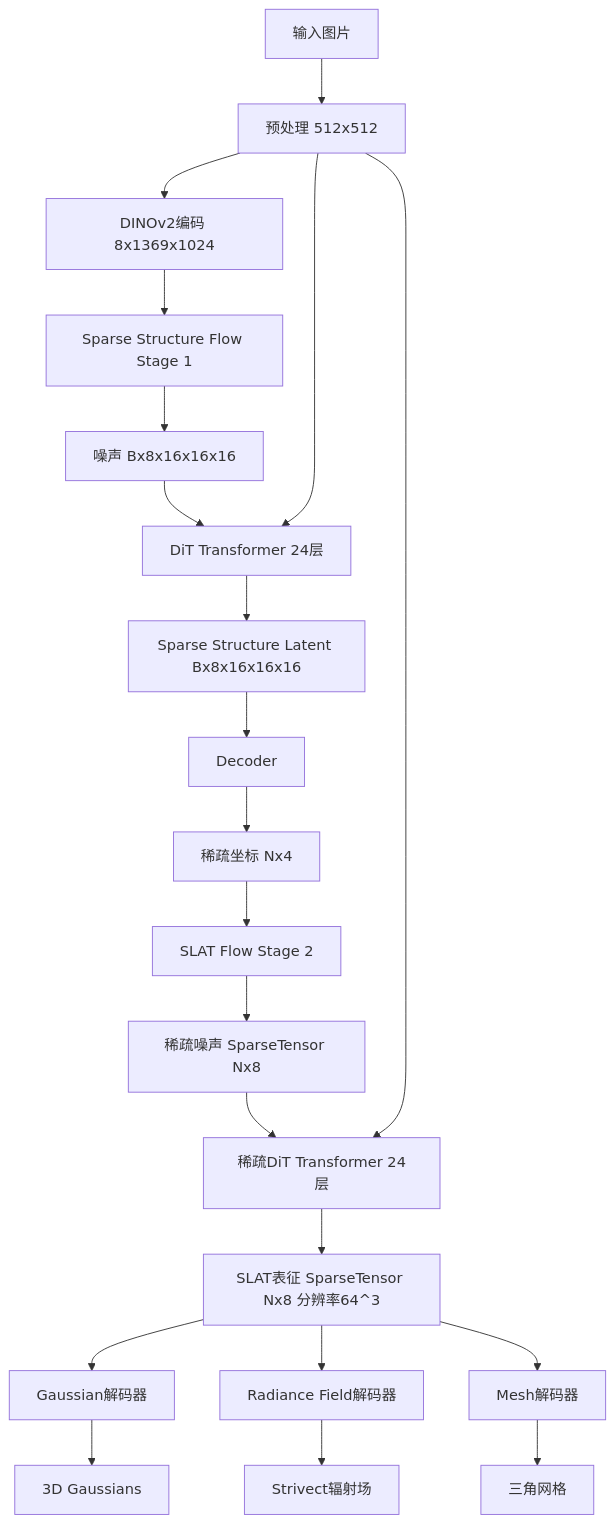
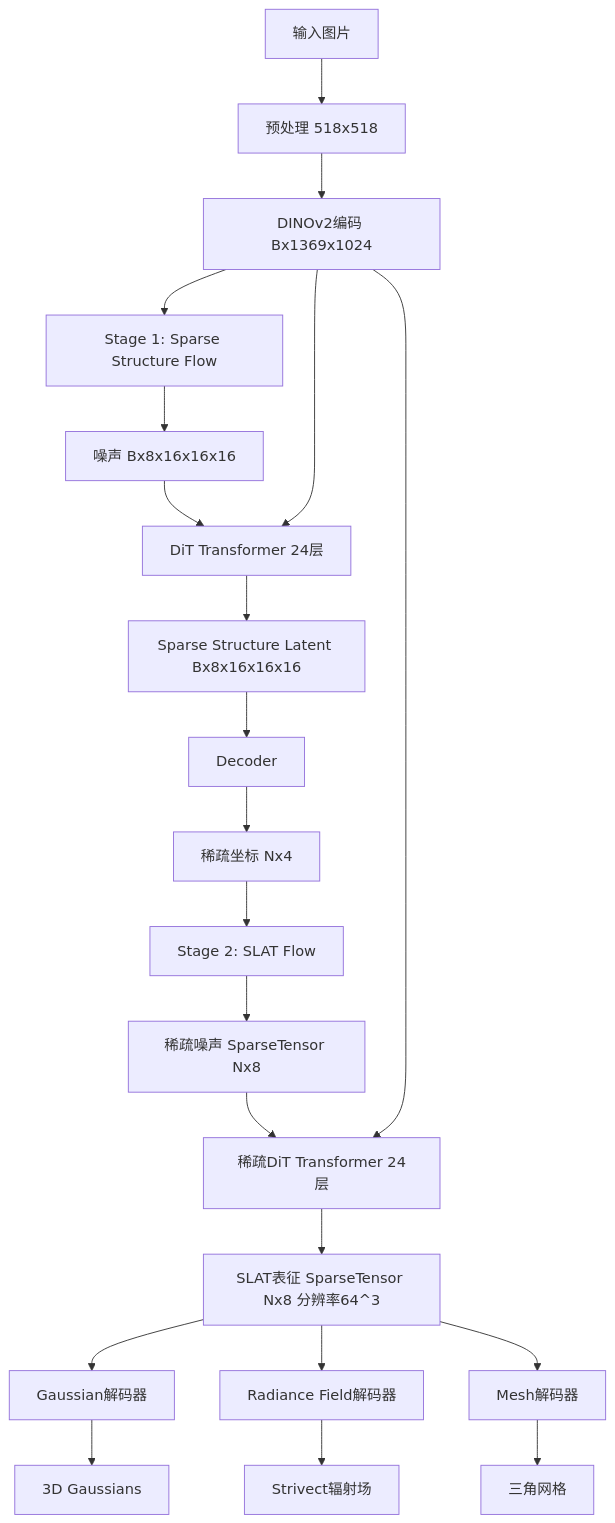
Before and after one commit to real-zhangzhe/3D: the diagram in 1_3D生成/2_3D生成模型发展.md, drawn with Mermaid.

````diff
--- a/1_3D生成/2_3D生成模型发展.md
+++ b/1_3D生成/2_3D生成模型发展.md
@@ -108,23 +108,23 @@
 ```mermaid
 flowchart TD
-    A[输入图片] --> B[预处理 512x512]
-    B --> C[DINOv2编码 8x1369x1024]
-    C --> D[Sparse Structure Flow Stage 1]
+    A[输入图片] --> B[预处理 518x518]
+    B --> C[DINOv2编码 Bx1369x1024]
+    C --> D[Stage 1: Sparse Structure Flow]
     D --> E[噪声 Bx8x16x16x16]
     E --> F[DiT Transformer 24层]
-    B --> F
+    C --> F
     F --> G[Sparse Structure Latent Bx8x16x16x16]
     G --> H[Decoder]
     H --> I[稀疏坐标 Nx4]
-    I --> J[SLAT Flow Stage 2]
+    I --> J[Stage 2: SLAT Flow]
     J --> K[稀疏噪声 SparseTensor Nx8]
     K --> L[稀疏DiT Transformer 24层]
-    B --> L
+    C --> L
     L --> M[SLAT表征 SparseTensor Nx8 分辨率64^3]
     M --> N[Gaussian解码器]
     M --> O[Radiance Field解码器]
     M --> P[Mesh解码器]
     N --> Q[3D Gaussians]
     O --> S[Strivect辐射场]
     P --> T[三角网格]
 ```
````
